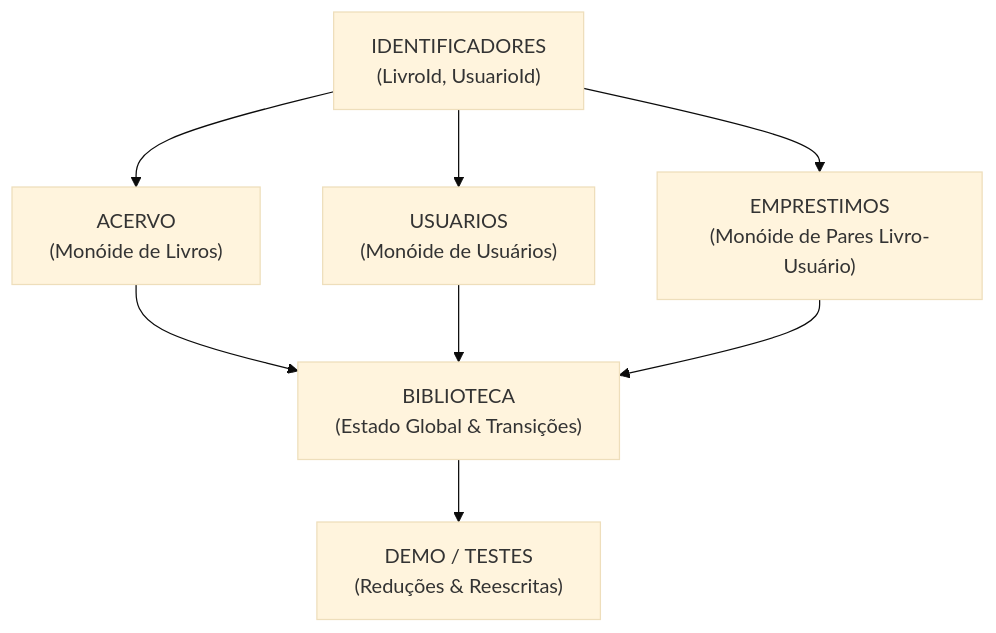
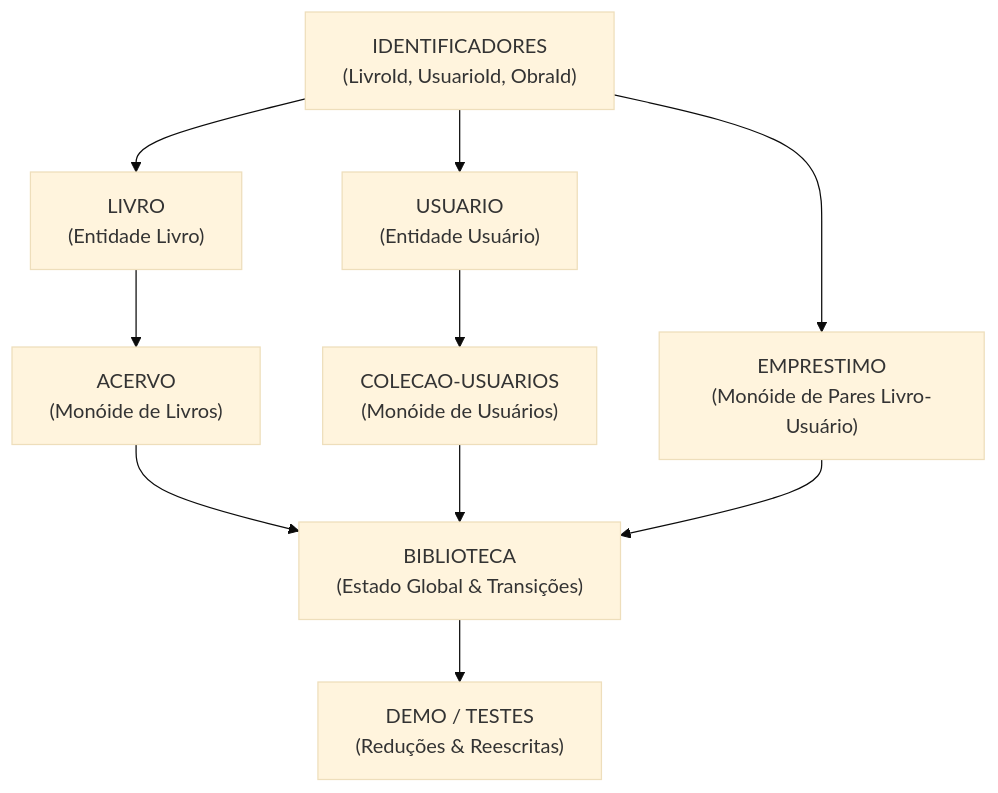
Before and after one commit to GabrielSilva66/Library-Especification: the diagram in spec.md, drawn with Mermaid (base theme). The commit also changed other lines of this file and 7 other files, not shown here.

````diff
--- a/spec.md
+++ b/spec.md
@@ -11,10 +11,12 @@
 ```mermaid
 graph TD
-    ID["IDENTIFICADORES<br/>(LivroId, UsuarioId)"] --> AC["ACERVO<br/>(Monóide de Livros)"]
-    ID --> US["USUARIOS<br/>(Monóide de Usuários)"]
-    ID --> EM["EMPRESTIMOS<br/>(Monóide de Pares Livro-Usuário)"]
+    ID["IDENTIFICADORES<br/>(LivroId, UsuarioId, ObraId)"] --> LIV["LIVRO<br/>(Entidade Livro)"]
+    ID --> US["USUARIO<br/>(Entidade Usuário)"]
+    LIV --> AC["ACERVO<br/>(Monóide de Livros)"]
+    US --> CUS["COLECAO-USUARIOS<br/>(Monóide de Usuários)"]
+    ID --> EM["EMPRESTIMO<br/>(Monóide de Pares Livro-Usuário)"]
     AC --> BIB["BIBLIOTECA<br/>(Estado Global & Transições)"]
-    US --> BIB
+    CUS --> BIB
     EM --> BIB
     BIB --> DEMO["DEMO / TESTES<br/>(Reduções & Reescritas)"]
 ```
````
